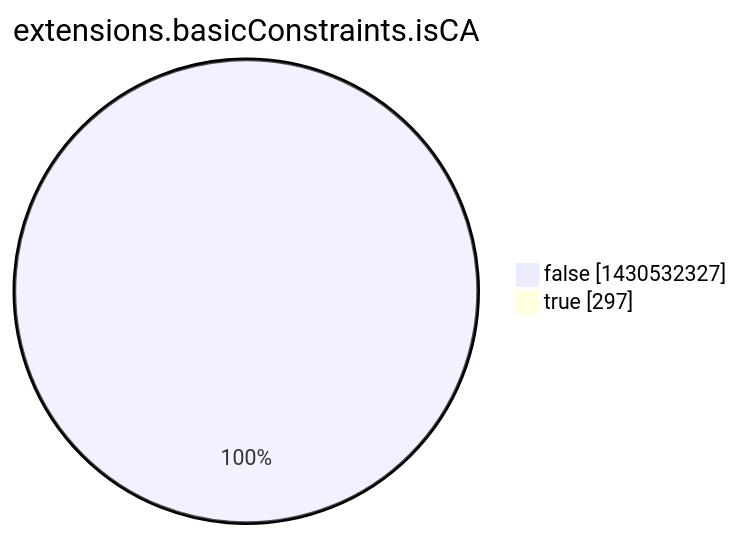
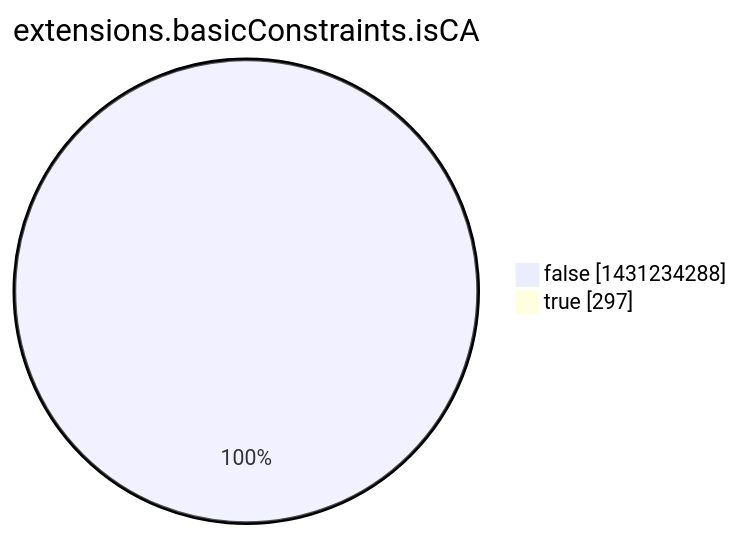
The eighth of 15 diagrams in argon2022/README.md (christiankrug/ctmonitor_visualization), drawn with Mermaid before and after one commit. The commit also changed other lines of this file, not shown here.

````diff
--- a/argon2022/README.md
+++ b/argon2022/README.md
@@ -2760,6 +2760,6 @@
 ```mermaid
 pie showData
 title extensions.basicConstraints.isCA
-"false" :1430532327
+"false" :1431234288
 "true" :297
 ```
````
